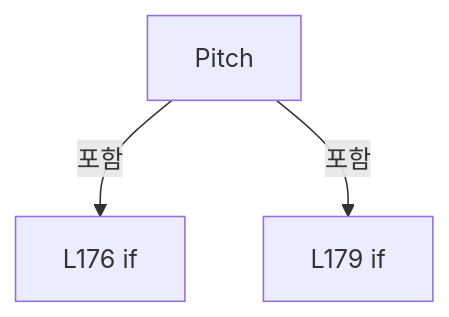
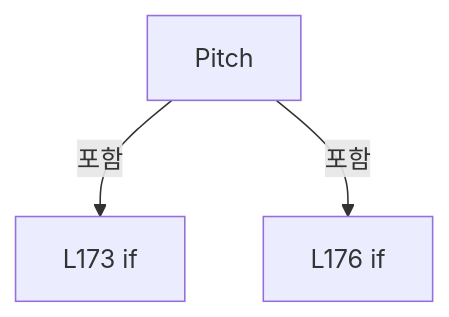
Before and after one commit to kjuws10-rgb/Shared: diagram 12 of 16 in A3 LD Code Ref/files/Drilling.Common/Correction/CDefaultOffsetCalibration.cs.md, drawn with Mermaid. The commit also changed other lines of this file and 2071 other files, not shown here.

Commit message:
docs(a3): update 11.19.0 architecture and code reference

````diff
--- a/A3 LD Code Ref/files/Drilling.Common/Correction/CDefaultOffsetCalibration.cs.md
+++ b/A3 LD Code Ref/files/Drilling.Common/Correction/CDefaultOffsetCalibration.cs.md
@@ -1165,8 +1165,8 @@
 ```mermaid
 flowchart TD
  M["Pitch"]
- N0["L176 if"]
+ N0["L173 if"]
  M -->|포함| N0
- N1["L179 if"]
+ N1["L176 if"]
  M -->|포함| N1
 ```
````
